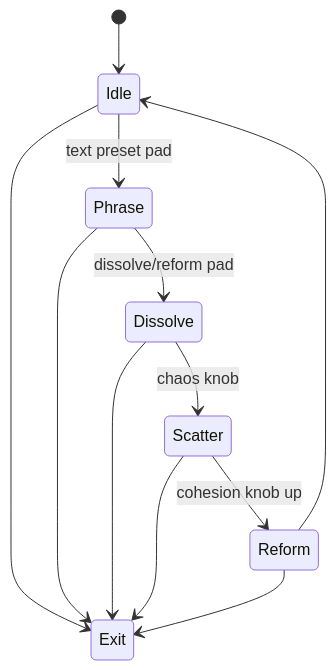
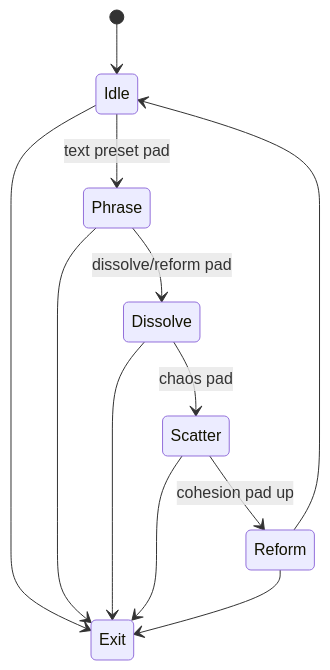
One commit to abossard/synesthesia-visuals changed diagram 14 of 15 in docs/processing-syphon-idea-board.md. Above: the diagram before and after it, drawn with Mermaid. The commit also changed other lines of this file and 1 other file, not shown here.

````diff
--- a/docs/processing-syphon-idea-board.md
+++ b/docs/processing-syphon-idea-board.md
@@ -442,14 +448,14 @@
   ```mermaid
   stateDiagram-v2
     [*] --> Idle
     Idle --> Phrase : text preset pad
     Phrase --> Dissolve : dissolve/reform pad
-    Dissolve --> Scatter : chaos knob
-    Scatter --> Reform : cohesion knob up
+    Dissolve --> Scatter : chaos pad
+    Scatter --> Reform : cohesion pad up
     Reform --> Idle
     Idle --> Exit
     Phrase --> Exit
     Dissolve --> Exit
     Scatter --> Exit
     Reform --> Exit
   ```
````
